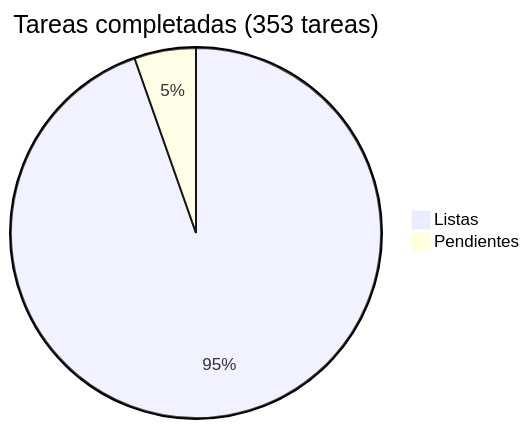
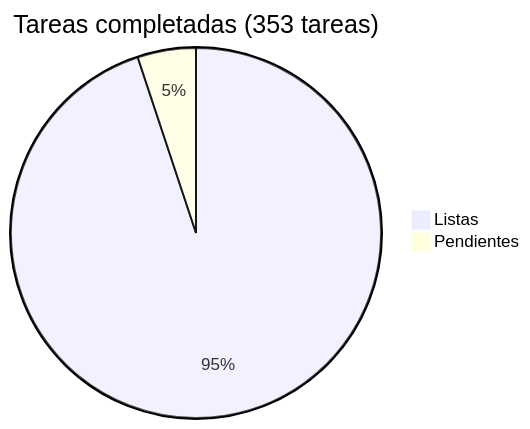
One commit to araguaney-lat/araguaney changed the diagram in docs/roadmap/README.md. Above: the diagram before and after it, drawn with Mermaid. The commit also changed other lines of this file and 4 other files, not shown here.

````diff
--- a/docs/roadmap/README.md
+++ b/docs/roadmap/README.md
@@ -5,5 +5,5 @@
 ```mermaid
 pie title Tareas completadas (353 tareas)
-    "Listas" : 334
-    "Pendientes" : 19
+    "Listas" : 335
+    "Pendientes" : 18
 ```
````
